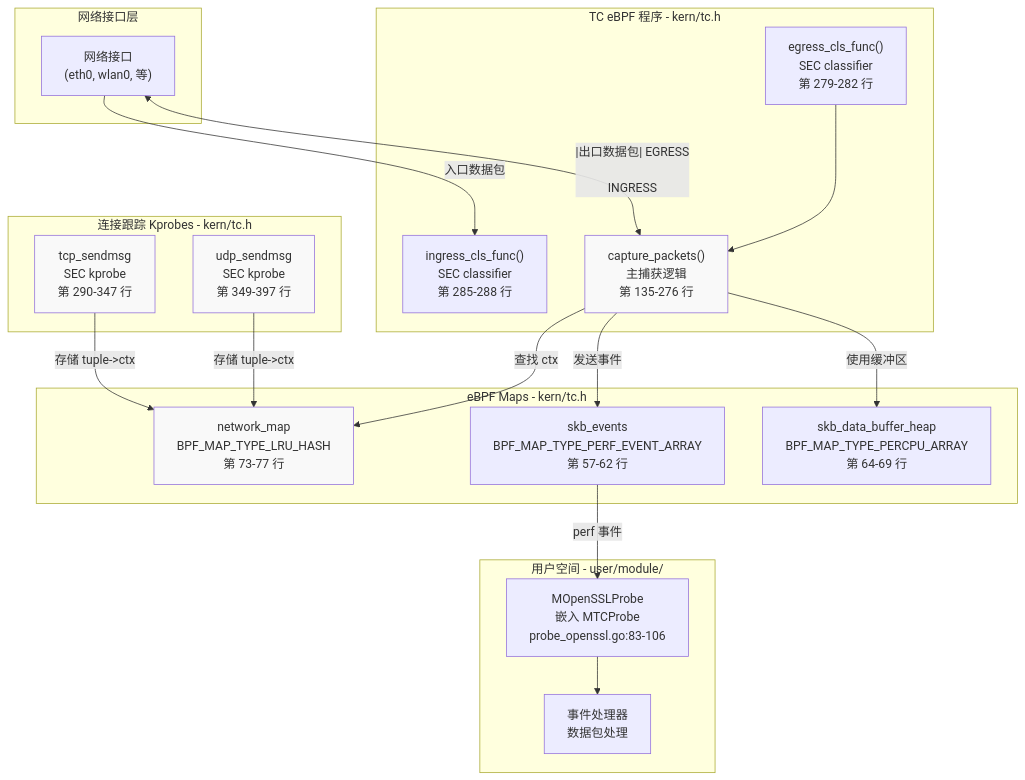
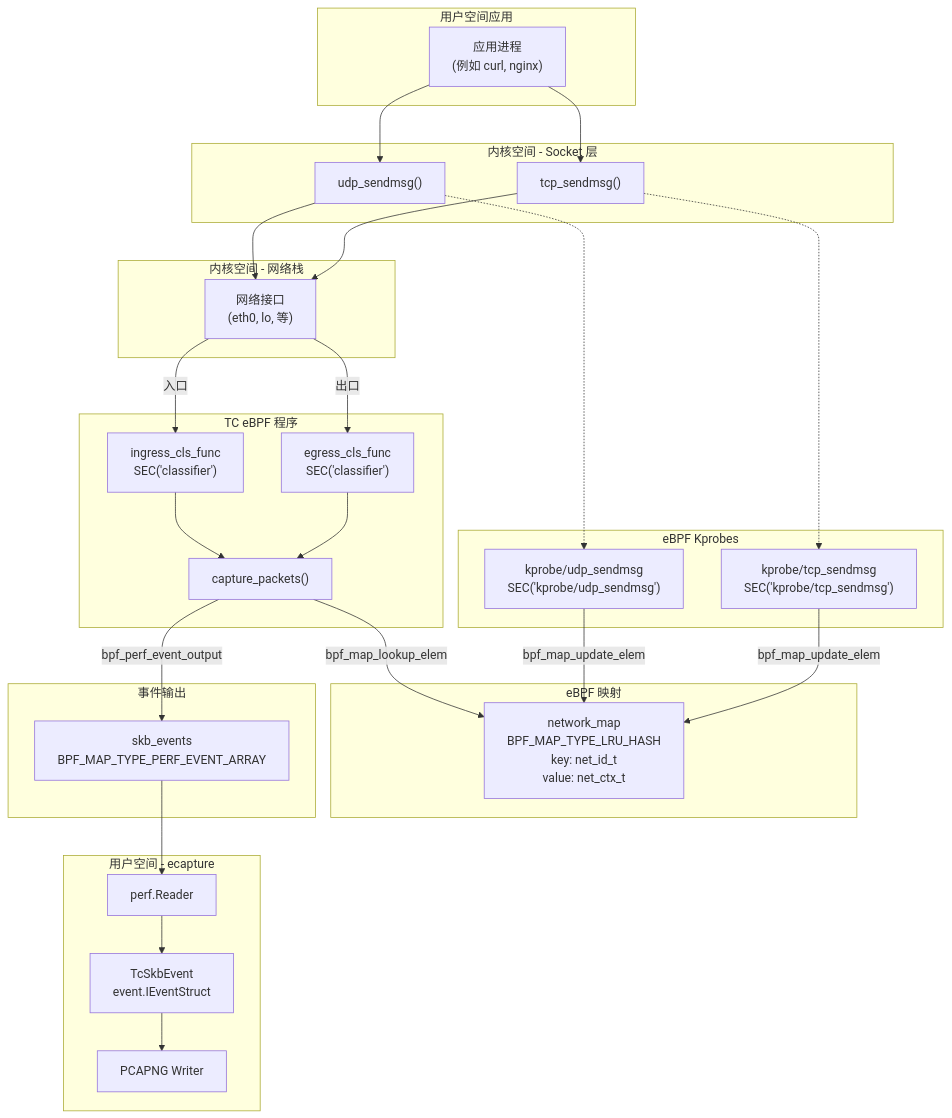
The first of 4 diagrams in src/zh/3-capture-modules/3.3-network-packet-capture-with-tc.md (gojue/ecapture.cc), drawn with Mermaid before and after one commit. The commit also changed other lines of this file and 115 other files, not shown here.

````diff
--- a/src/zh/3-capture-modules/3.3-network-packet-capture-with-tc.md
+++ b/src/zh/3-capture-modules/3.3-network-packet-capture-with-tc.md
@@ -17,49 +21,63 @@
 ```mermaid
 graph TB
-    subgraph "网络接口层"
-        NIC["网络接口<br/>(eth0, wlan0, 等)"]
+    subgraph "用户空间应用"
+        App["应用进程<br/>(例如 curl, nginx)"]
     end
     
-    subgraph "TC eBPF 程序 - kern/tc.h"
-        INGRESS["ingress_cls_func()<br/>SEC classifier<br/>第 285-288 行"]
-        EGRESS["egress_cls_func()<br/>SEC classifier<br/>第 279-282 行"]
-        CAPTURE["capture_packets()<br/>主捕获逻辑<br/>第 135-276 行"]
+    subgraph "内核空间 - Socket 层"
+        TcpSendmsg["tcp_sendmsg()"]
+        UdpSendmsg["udp_sendmsg()"]
+        App --> TcpSendmsg
+        App --> UdpSendmsg
     end
     
-    subgraph "连接跟踪 Kprobes - kern/tc.h"
-        TCP_PROBE["tcp_sendmsg<br/>SEC kprobe<br/>第 290-347 行"]
-        UDP_PROBE["udp_sendmsg<br/>SEC kprobe<br/>第 349-397 行"]
+    subgraph "eBPF Kprobes"
+        TcpProbe["kprobe/tcp_sendmsg<br/>SEC('kprobe/tcp_sendmsg')"]
+        UdpProbe["kprobe/udp_sendmsg<br/>SEC('kprobe/udp_sendmsg')"]
+        TcpSendmsg -.-> TcpProbe
+        UdpSendmsg -.-> UdpProbe
     end
     
-    subgraph "eBPF Maps - kern/tc.h"
-        NET_MAP["network_map<br/>BPF_MAP_TYPE_LRU_HASH<br/>第 73-77 行"]
-        SKB_EVENTS["skb_events<br/>BPF_MAP_TYPE_PERF_EVENT_ARRAY<br/>第 57-62 行"]
-        SKB_BUFFER["skb_data_buffer_heap<br/>BPF_MAP_TYPE_PERCPU_ARRAY<br/>第 64-69 行"]
+    subgraph "eBPF 映射"
+        NetworkMap["network_map<br/>BPF_MAP_TYPE_LRU_HASH<br/>key: net_id_t<br/>value: net_ctx_t"]
     end
     
-    subgraph "用户空间 - user/module/"
-        MODULE["MOpenSSLProbe<br/>嵌入 MTCProbe<br/>probe_openssl.go:83-106"]
-        PROCESSOR["事件处理器<br/>数据包处理"]
+    TcpProbe -->|"bpf_map_update_elem"| NetworkMap
+    UdpProbe -->|"bpf_map_update_elem"| NetworkMap
+    
+    subgraph "内核空间 - 网络栈"
+        NetIf["网络接口<br/>(eth0, lo, 等)"]
     end
     
-    NIC -->|"入口数据包"| INGRESS
-    NIC <--"|出口数据包"| EGRESS
+    TcpSendmsg --> NetIf
+    UdpSendmsg --> NetIf
     
-    INGRESS --> CAPTURE
-    EGRESS --> CAPTURE
+    subgraph "TC eBPF 程序"
+        EgressTC["egress_cls_func<br/>SEC('classifier')"]
+        IngressTC["ingress_cls_func<br/>SEC('classifier')"]
+        CapturePackets["capture_packets()"]
+        
+        EgressTC --> CapturePackets
+        IngressTC --> CapturePackets
+    end
     
-    TCP_PROBE -->|"存储 tuple->ctx"| NET_MAP
-    UDP_PROBE -->|"存储 tuple->ctx"| NET_MAP
+    NetIf -->|"出口"| EgressTC
+    NetIf -->|"入口"| IngressTC
     
-    CAPTURE -->|"查找 ctx"| NET_MAP
-    CAPTURE -->|"发送事件"| SKB_EVENTS
-    CAPTURE -->|"使用缓冲区"| SKB_BUFFER
+    CapturePackets -->|"bpf_map_lookup_elem"| NetworkMap
     
-    SKB_EVENTS -->|"perf 事件"| MODULE
-    MODULE --> PROCESSOR
+    subgraph "事件输出"
+        SkbEvents["skb_events<br/>BPF_MAP_TYPE_PERF_EVENT_ARRAY"]
+        CapturePackets -->|"bpf_perf_event_output"| SkbEvents
+    end
     
-    style CAPTURE fill:#f9f9f9
-    style NET_MAP fill:#f9f9f9
-    style TCP_PROBE fill:#f9f9f9
-    style UDP_PROBE fill:#f9f9f9
+    subgraph "用户空间 - ecapture"
+        PerfReader["perf.Reader"]
+        TcSkbEvent["TcSkbEvent<br/>event.IEventStruct"]
+        PcapWriter["PCAPNG Writer"]
+        
+        SkbEvents --> PerfReader
+        PerfReader --> TcSkbEvent
+        TcSkbEvent --> PcapWriter
+    end
 ```
````
